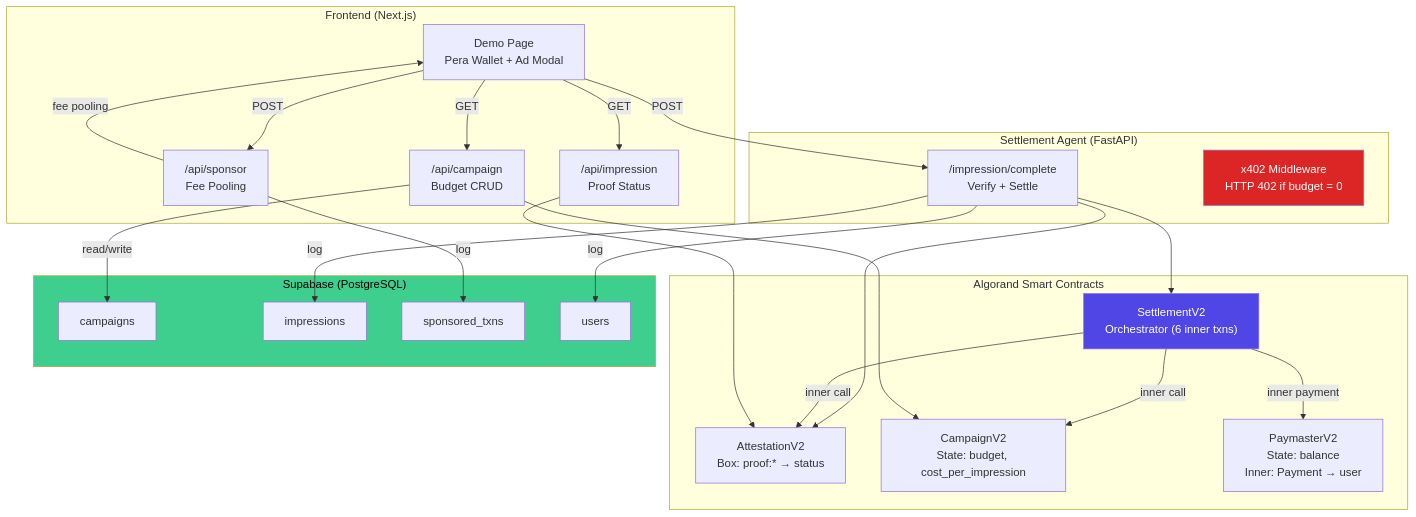
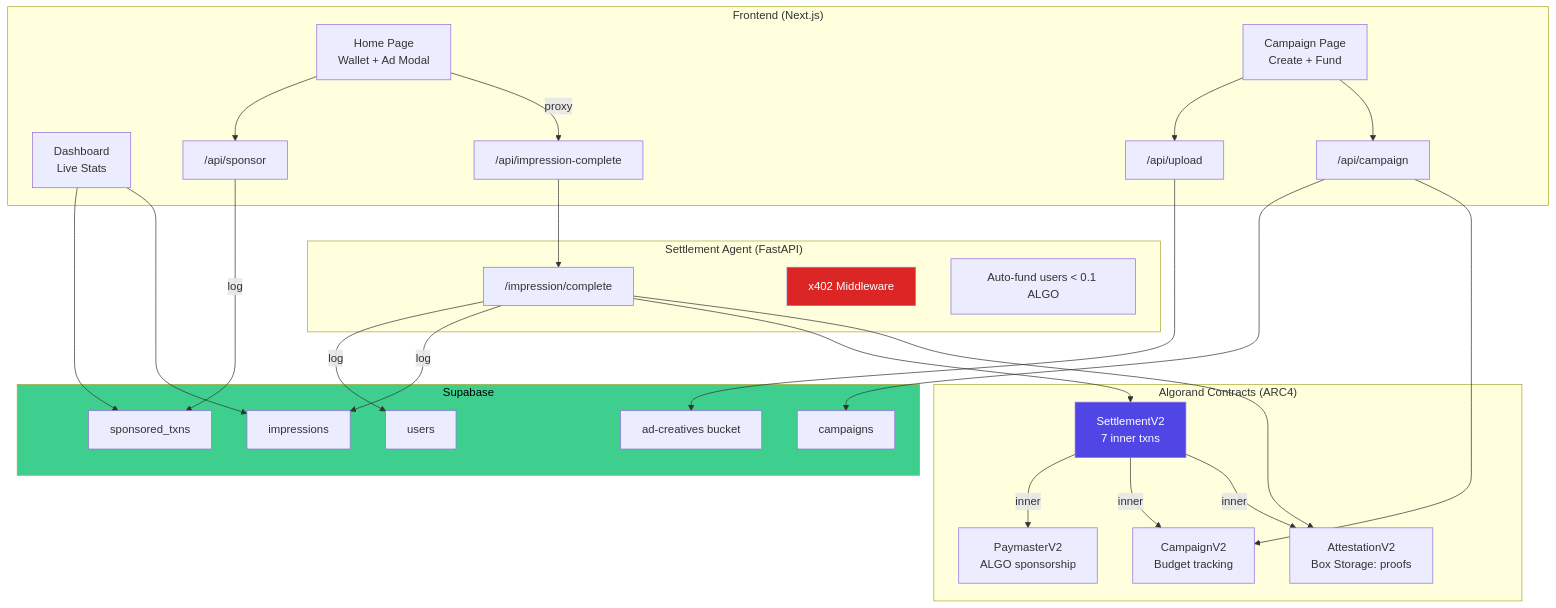
Before and after one commit to Shrysxs/algorand-protocol: the second of 3 diagrams in README.md, drawn with Mermaid. The commit also changed other lines of this file, not shown here.

Commit message:
polish README with full architecture, SDK docs, and demo flow

````diff
--- a/README.md
+++ b/README.md
@@ -57,50 +94,49 @@
 ```mermaid
 graph TB
     subgraph Frontend["Frontend (Next.js)"]
-        PAGE[Demo Page<br/>Pera Wallet + Ad Modal]
-        API_S["/api/sponsor<br/>Fee Pooling"]
-        API_C["/api/campaign<br/>Budget CRUD"]
-        API_I["/api/impression<br/>Proof Status"]
+        PAGE["Home Page<br/>Wallet + Ad Modal"]
+        CAMP["Campaign Page<br/>Create + Fund"]
+        DASH["Dashboard<br/>Live Stats"]
+        API_S["/api/sponsor"]
+        API_C["/api/campaign"]
+        API_I["/api/impression-complete"]
+        API_U["/api/upload"]
     end
 
     subgraph Agent["Settlement Agent (FastAPI)"]
-        IMP["/impression/complete<br/>Verify + Settle"]
-        X402["x402 Middleware<br/>HTTP 402 if budget = 0"]
+        IMP["/impression/complete"]
+        X402["x402 Middleware"]
+        FUND["Auto-fund users < 0.1 ALGO"]
     end
 
-    subgraph Contracts["Algorand Smart Contracts"]
-        ATT["AttestationV2<br/>Box: proof:* → status"]
-        CAM["CampaignV2<br/>State: budget, cost_per_impression"]
-        SET["SettlementV2<br/>Orchestrator (6 inner txns)"]
-        PAY["PaymasterV2<br/>State: balance<br/>Inner: Payment → user"]
+    subgraph Contracts["Algorand Contracts (ARC4)"]
+        ATT["AttestationV2<br/>Box Storage: proofs"]
+        CAM["CampaignV2<br/>Budget tracking"]
+        SET["SettlementV2<br/>7 inner txns"]
+        PAY["PaymasterV2<br/>ALGO sponsorship"]
     end
 
-    subgraph DB["Supabase (PostgreSQL)"]
+    subgraph DB["Supabase"]
         T1["campaigns"]
         T2["impressions"]
         T3["sponsored_txns"]
         T4["users"]
+        S1["ad-creatives bucket"]
     end
 
-    PAGE -->|"POST"| IMP
-    PAGE -->|"POST"| API_S
-    PAGE -->|"GET"| API_C
-    PAGE -->|"GET"| API_I
+    PAGE -->|proxy| API_I --> IMP
+    PAGE --> API_S
+    CAMP --> API_C
+    CAMP --> API_U --> S1
 
-    IMP --> ATT
-    IMP --> SET
-    IMP -->|"log"| T2
-    IMP -->|"log"| T4
-    SET -->|"inner call"| ATT
-    SET -->|"inner call"| CAM
-    SET -->|"inner payment"| PAY
-    API_C --> CAM
-    API_C -->|"read/write"| T1
-    API_I --> ATT
-    API_S -->|"fee pooling"| PAGE
-    API_S -->|"log"| T3
+    IMP --> ATT & SET
+    IMP -->|log| T2 & T4
+    SET -->|inner| ATT & CAM & PAY
+    API_C --> CAM & T1
+    API_S -->|log| T3
+    DASH --> T2 & T3
 
     style SET fill:#4f46e5,color:#fff
     style X402 fill:#dc2626,color:#fff
     style DB fill:#3ecf8e,color:#000
 ```
````
